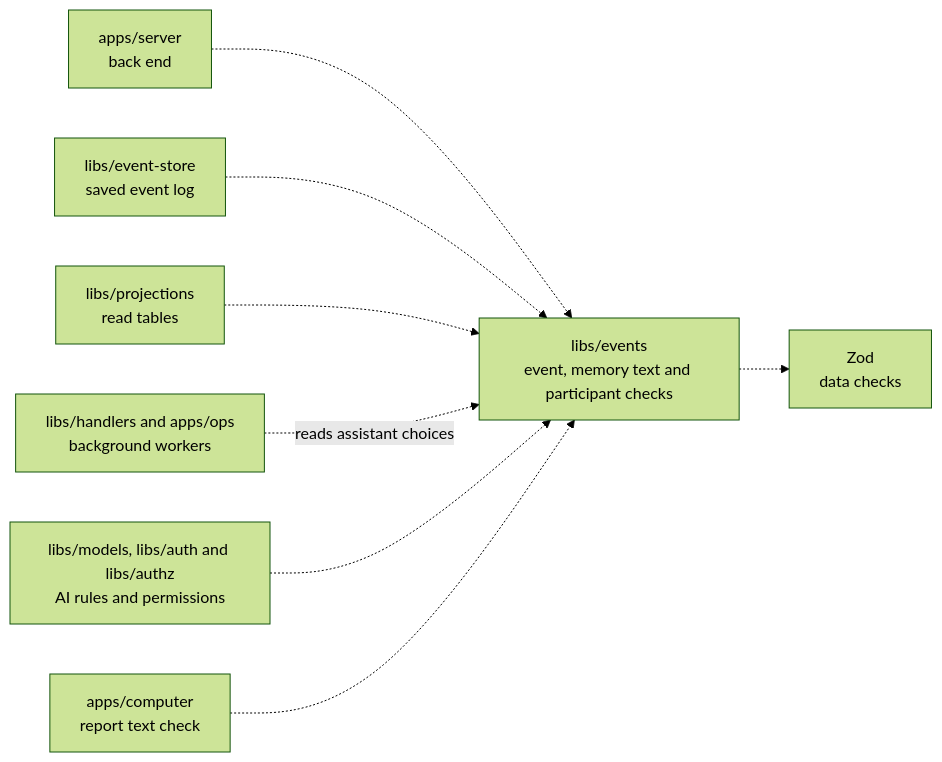
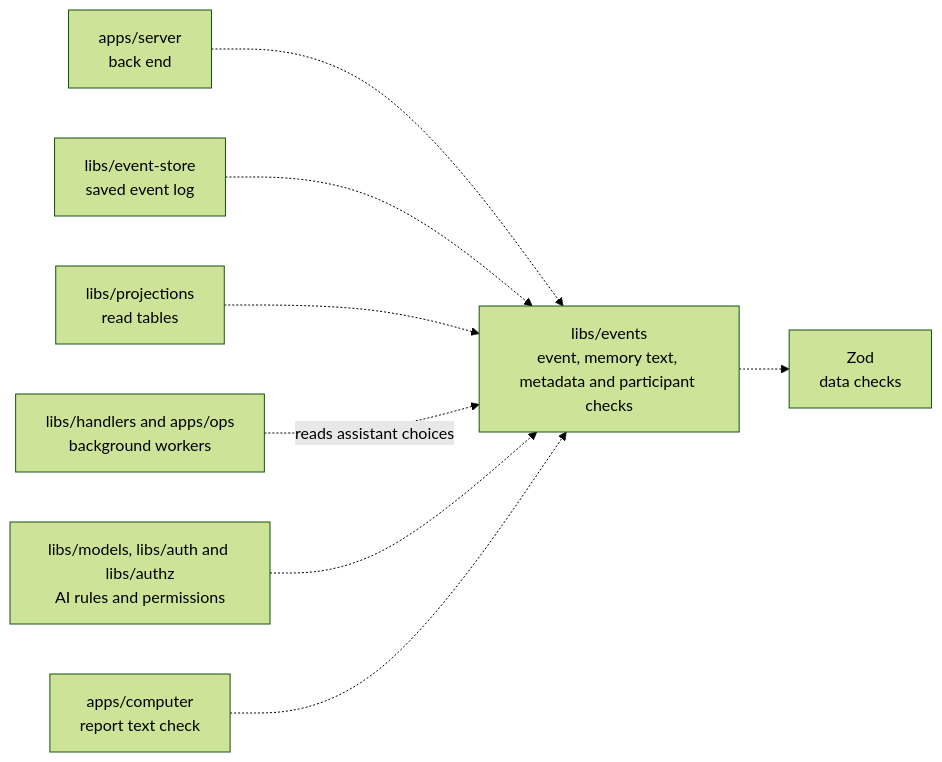
The diagram in libs/events/README.md (elewa-git/opencrane-new), drawn with Mermaid (forest theme) before and after one commit. The commit also changed 12 other files, not shown here.

````diff
--- a/libs/events/README.md
+++ b/libs/events/README.md
@@ -23,10 +23,10 @@
 ```mermaid
 flowchart LR
-  server["apps/server<br/>back end"] -.-> events["libs/events<br/>event, memory text and participant checks"]
+  server["apps/server<br/>back end"] -.-> events["libs/events<br/>event, memory text, metadata and participant checks"]
   store["libs/event-store<br/>saved event log"] -.-> events
   projections["libs/projections<br/>read tables"] -.-> events
   workers["libs/handlers and apps/ops<br/>background workers"] -.->|reads assistant choices| events
   others["libs/models, libs/auth and libs/authz<br/>AI rules and permissions"] -.-> events
   computer["apps/computer<br/>report text check"] -.-> events
   events -.-> zod["Zod<br/>data checks"]
 ```
````
